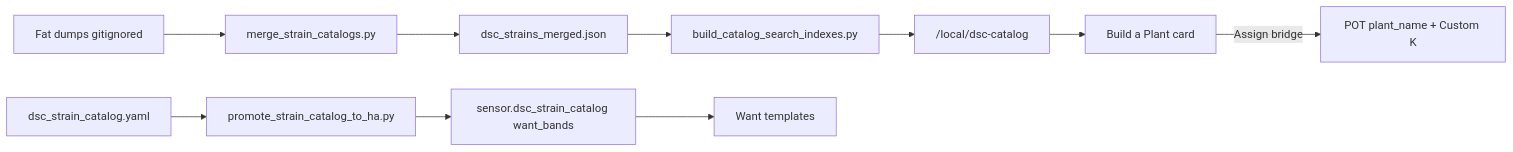
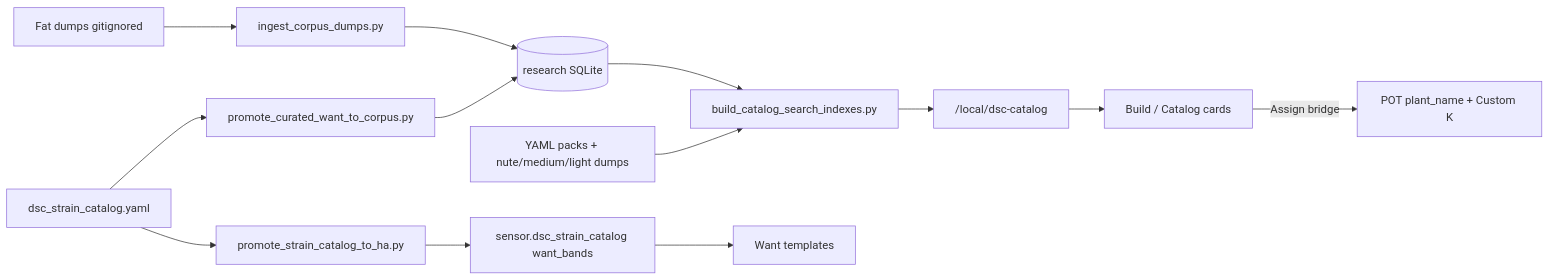
The diagram in docs/qa/BUILD-A-PLANT-DATA-PIPELINE.md (weddas/DSC-HUB), drawn with Mermaid before and after one commit. The commit also changed other lines of this file and 1 other file, not shown here.

First line of the commit message:
Docs: expand N-087 research corpus ops runbook.

````diff
--- a/docs/qa/BUILD-A-PLANT-DATA-PIPELINE.md
+++ b/docs/qa/BUILD-A-PLANT-DATA-PIPELINE.md
@@ -3,12 +6,15 @@
 ```mermaid
 flowchart LR
-  dumps["Fat dumps gitignored"] --> merge["merge_strain_catalogs.py"]
-  merge --> merged["dsc_strains_merged.json"]
-  merged --> idx["build_catalog_search_indexes.py"]
+  dumps["Fat dumps gitignored"] --> ingest["ingest_corpus_dumps.py"]
+  ingest --> db[("research SQLite")]
+  db --> idx["build_catalog_search_indexes.py"]
+  packs["YAML packs + nute/medium/light dumps"] --> idx
   idx --> www["/local/dsc-catalog"]
-  www --> card["Build a Plant card"]
+  www --> card["Build / Catalog cards"]
   curated["dsc_strain_catalog.yaml"] --> promote["promote_strain_catalog_to_ha.py"]
+  curated --> wantcorpus["promote_curated_want_to_corpus.py"]
+  wantcorpus --> db
   promote --> ha["sensor.dsc_strain_catalog want_bands"]
   ha --> want["Want templates"]
   card -->|"Assign bridge"| seat["POT plant_name + Custom K"]
 ```
````
